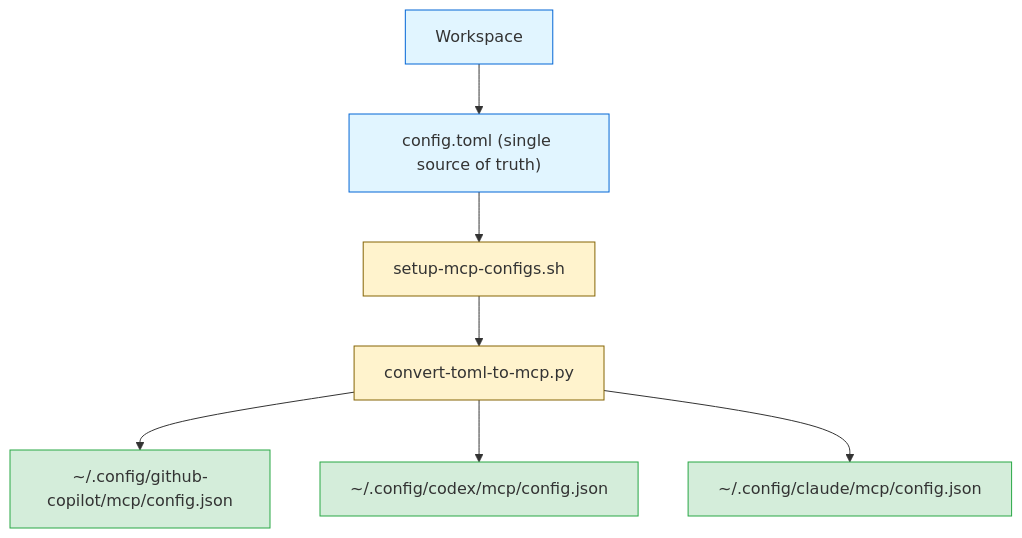
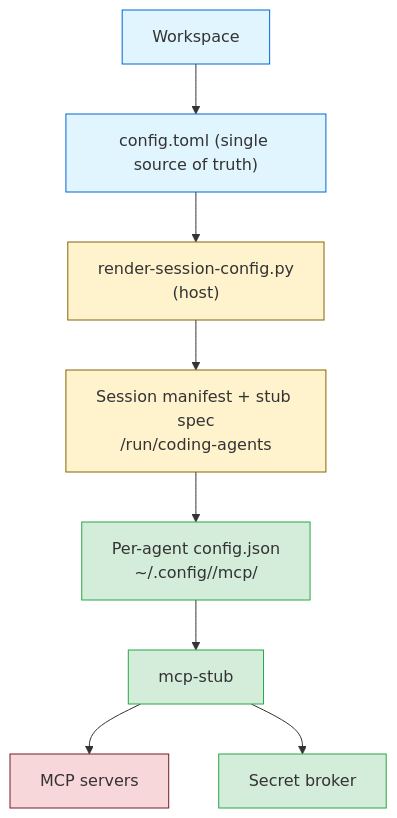
Before and after one commit to novotnyllc/ContainAI: the eighth of 13 diagrams in docs/architecture.md, drawn with Mermaid. The commit also changed other lines of this file and 13 other files, not shown here.

First line of the commit message:
feat: Implement secure MCP stub execution and configuration rendering

````diff
--- a/docs/architecture.md
+++ b/docs/architecture.md
@@ -319,23 +307,23 @@
 ```mermaid
 flowchart TB
-  workspace["Workspace"]
-  configToml["config.toml (single source of truth)"]
-  setup["setup-mcp-configs.sh"]
-  convert["convert-toml-to-mcp.py"]
-  copilotCfg["~/.config/github-copilot/mcp/config.json"]
-  codexCfg["~/.config/codex/mcp/config.json"]
-  claudeCfg["~/.config/claude/mcp/config.json"]
+    workspace["Workspace"]
+    configToml["config.toml (single source of truth)"]
+    renderer["render-session-config.py<br/>(host)"]
+    manifest["Session manifest + stub spec<br/>/run/coding-agents"]
+    agentCfgs["Per-agent config.json<br/>~/.config/<agent>/mcp/"]
+    stub["mcp-stub"]
+    broker["Secret broker"]
+    mcp["MCP servers"]
 
-  workspace --> configToml --> setup --> convert
-  convert --> copilotCfg
-  convert --> codexCfg
-  convert --> claudeCfg
+    workspace --> configToml --> renderer --> manifest --> agentCfgs --> stub --> mcp
+    stub --> broker
 
-  style workspace fill:#e1f5ff,stroke:#0366d6
-  style configToml fill:#e1f5ff,stroke:#0366d6
-  style setup fill:#fff3cd,stroke:#856404
-  style convert fill:#fff3cd,stroke:#856404
-  style copilotCfg fill:#d4edda,stroke:#28a745
-  style codexCfg fill:#d4edda,stroke:#28a745
-  style claudeCfg fill:#d4edda,stroke:#28a745
+    style workspace fill:#e1f5ff,stroke:#0366d6
+    style configToml fill:#e1f5ff,stroke:#0366d6
+    style renderer fill:#fff3cd,stroke:#856404
+    style manifest fill:#fff3cd,stroke:#856404
+    style agentCfgs fill:#d4edda,stroke:#28a745
+    style stub fill:#d4edda,stroke:#28a745
+    style broker fill:#d4edda,stroke:#28a745
+    style mcp fill:#f8d7da,stroke:#721c24
 ```
````
